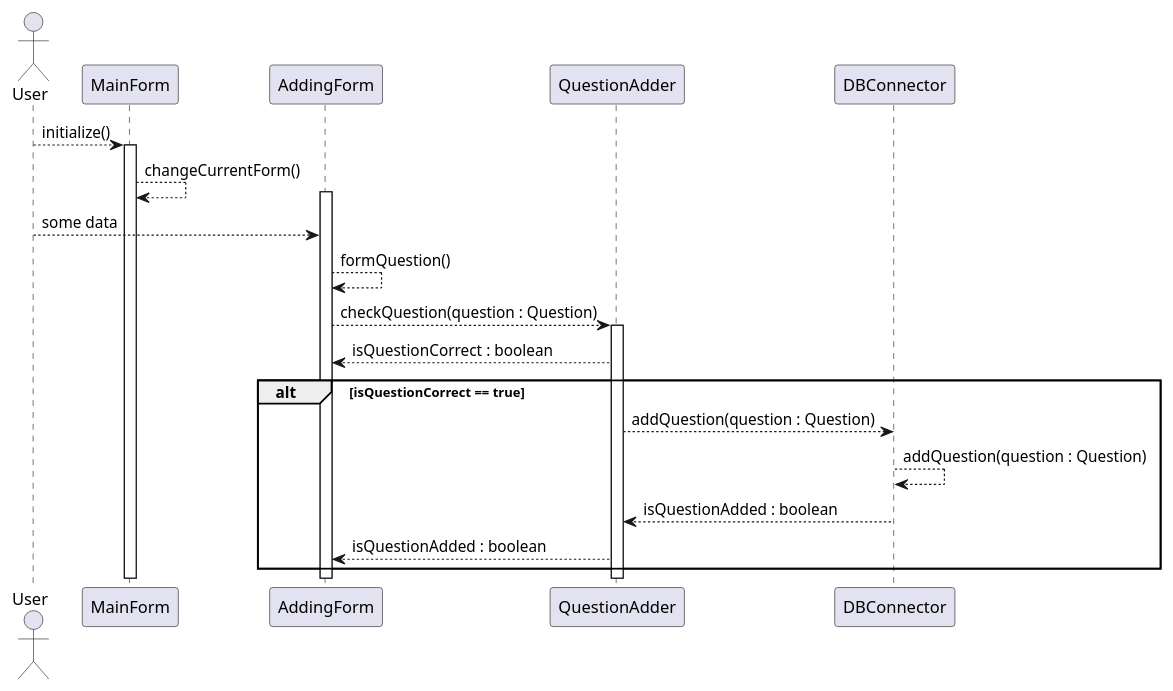
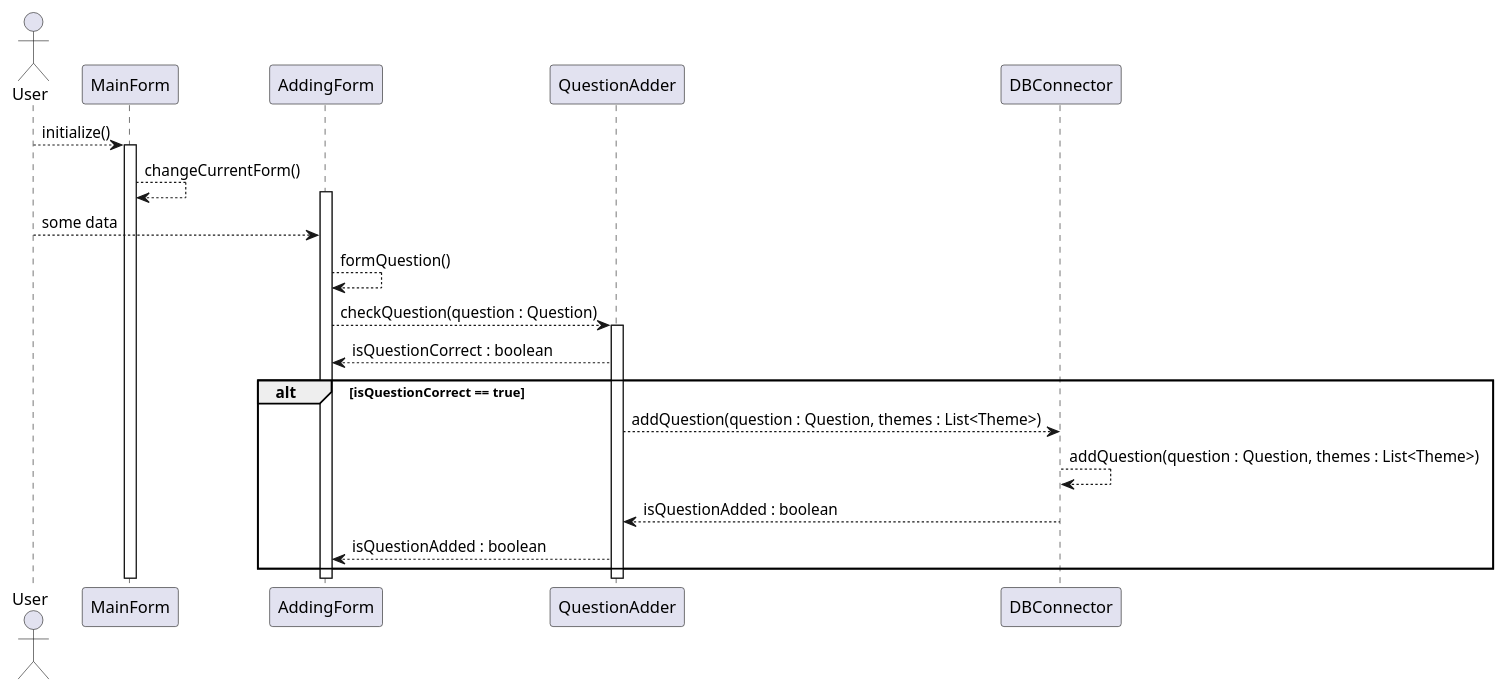
One commit to earring/testgenerator changed the diagram in diags/addingTestSequenceDiagram.puml. Above: the diagram before and after it, drawn with PlantUML.

Commit message:
изменена диаграмма добавления тестов

```diff
--- a/diags/addingTestSequenceDiagram.puml
+++ b/diags/addingTestSequenceDiagram.puml
@@ -2,18 +2,18 @@
 @startuml
 actor User
 User --> MainForm : initialize()
 activate MainForm
 MainForm --> MainForm : changeCurrentForm()
 activate AddingForm
 User --> AddingForm : some data
 AddingForm --> AddingForm : formQuestion()
 AddingForm --> QuestionAdder : checkQuestion(question : Question)
 activate QuestionAdder
 QuestionAdder --> AddingForm : isQuestionCorrect : boolean
 alt isQuestionCorrect == true
-    QuestionAdder --> DBConnector : addQuestion(question : Question)
-    DBConnector --> DBConnector : addQuestion(question : Question)
+    QuestionAdder --> DBConnector : addQuestion(question : Question, themes : List<Theme>)
+    DBConnector --> DBConnector : addQuestion(question : Question, themes : List<Theme>)
     DBConnector --> QuestionAdder : isQuestionAdded : boolean
     QuestionAdder --> AddingForm : isQuestionAdded : boolean
 end
 @enduml
```
